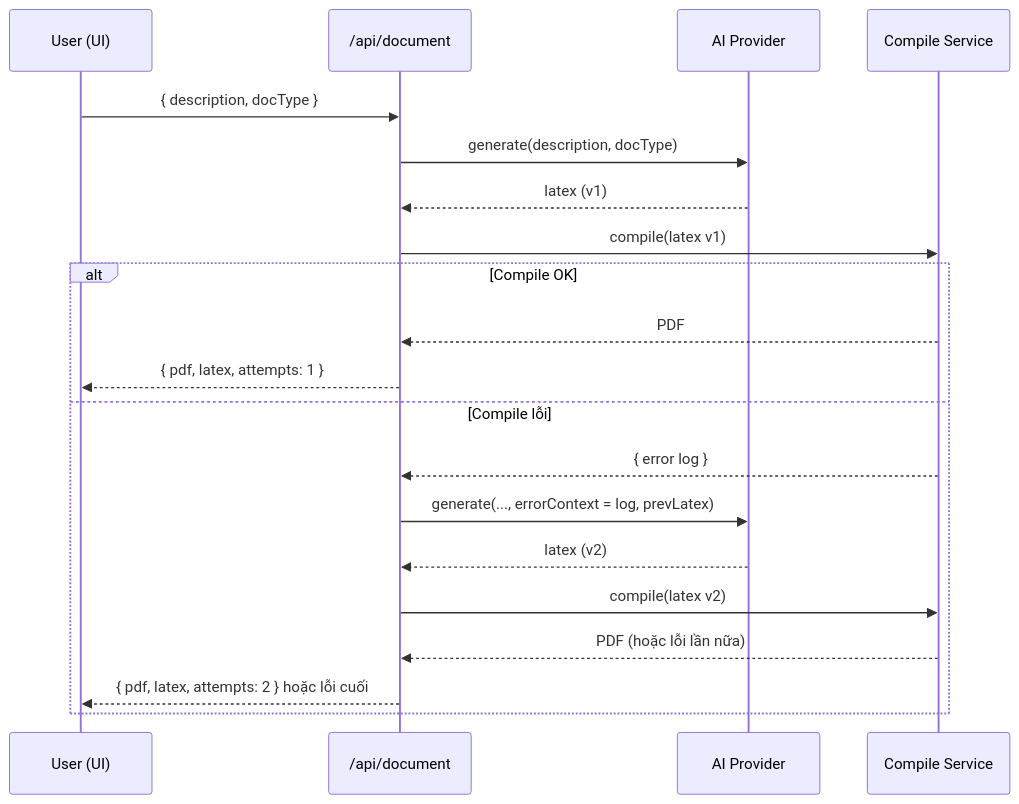
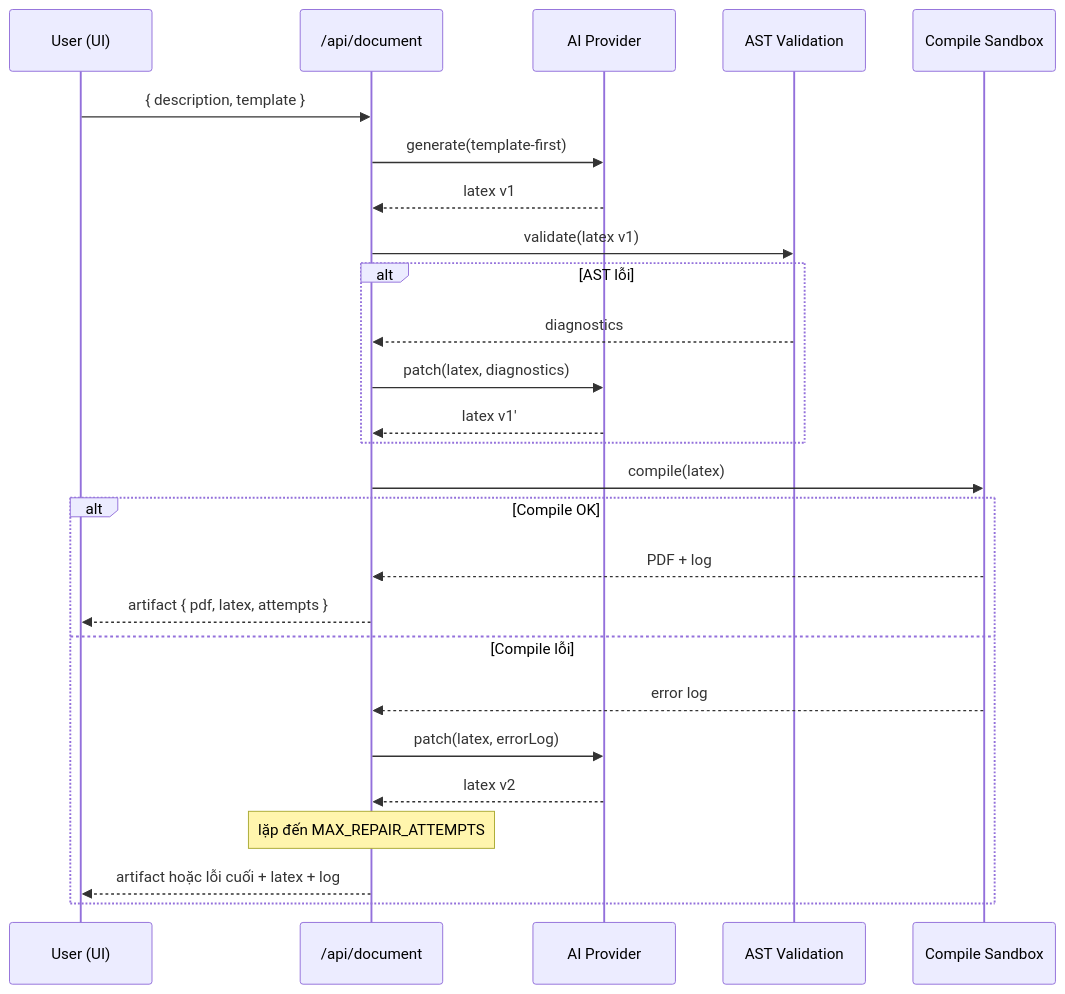
Before and after one commit to duonghoang231203/ai-latex-generator: the third of 4 diagrams in docs/03-architecture.md, drawn with Mermaid. The commit also changed other lines of this file and 8 other files, not shown here.

````diff
--- a/docs/03-architecture.md
+++ b/docs/03-architecture.md
@@ -71,23 +109,29 @@
 ```mermaid
 sequenceDiagram
     participant U as User (UI)
     participant D as /api/document
     participant A as AI Provider
-    participant C as Compile Service
+    participant V as AST Validation
+    participant C as Compile Sandbox
 
-    U->>D: { description, docType }
-    D->>A: generate(description, docType)
-    A-->>D: latex (v1)
-    D->>C: compile(latex v1)
+    U->>D: { description, template }
+    D->>A: generate(template-first)
+    A-->>D: latex v1
+    D->>V: validate(latex v1)
+    alt AST lỗi
+        V-->>D: diagnostics
+        D->>A: patch(latex, diagnostics)
+        A-->>D: latex v1'
+    end
+    D->>C: compile(latex)
     alt Compile OK
-        C-->>D: PDF
-        D-->>U: { pdf, latex, attempts: 1 }
+        C-->>D: PDF + log
+        D-->>U: artifact { pdf, latex, attempts }
     else Compile lỗi
-        C-->>D: { error log }
-        D->>A: generate(..., errorContext = log, prevLatex)
-        A-->>D: latex (v2)
-        D->>C: compile(latex v2)
-        C-->>D: PDF (hoặc lỗi lần nữa)
-        D-->>U: { pdf, latex, attempts: 2 } hoặc lỗi cuối
+        C-->>D: error log
+        D->>A: patch(latex, errorLog)
+        A-->>D: latex v2
+        Note over D: lặp đến MAX_REPAIR_ATTEMPTS
+        D-->>U: artifact hoặc lỗi cuối + latex + log
     end
 ```
````
